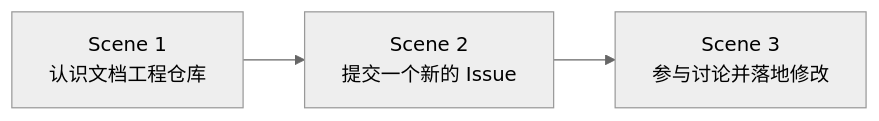
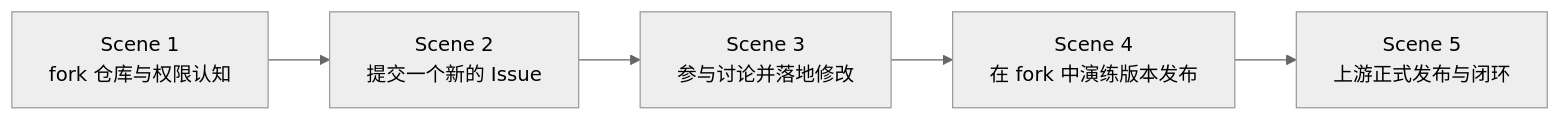
One commit to quanttide/quanttide-profile-of-course-development changed the diagram in vibe-coding/lesson3-github/index.md. Above: the diagram before and after it, drawn with Mermaid (neutral theme). The commit also changed other lines of this file and 1 other file, not shown here.

````diff
--- a/vibe-coding/lesson3-github/index.md
+++ b/vibe-coding/lesson3-github/index.md
@@ -15,5 +17,7 @@
 ```mermaid
 flowchart LR
-    s1[Scene 1<br>认识文档工程仓库] --> s2[Scene 2<br>提交一个新的 Issue]
+    s1[Scene 1<br>fork 仓库与权限认知] --> s2[Scene 2<br>提交一个新的 Issue]
     s2 --> s3[Scene 3<br>参与讨论并落地修改]
+    s3 --> s4[Scene 4<br>在 fork 中演练版本发布]
+    s4 --> s5[Scene 5<br>上游正式发布与闭环]
 ```
````
